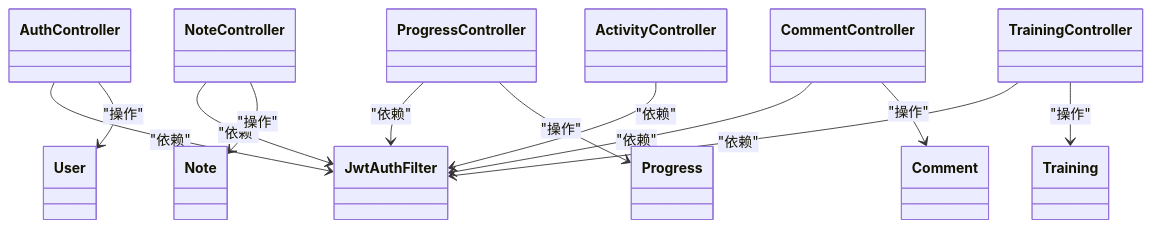
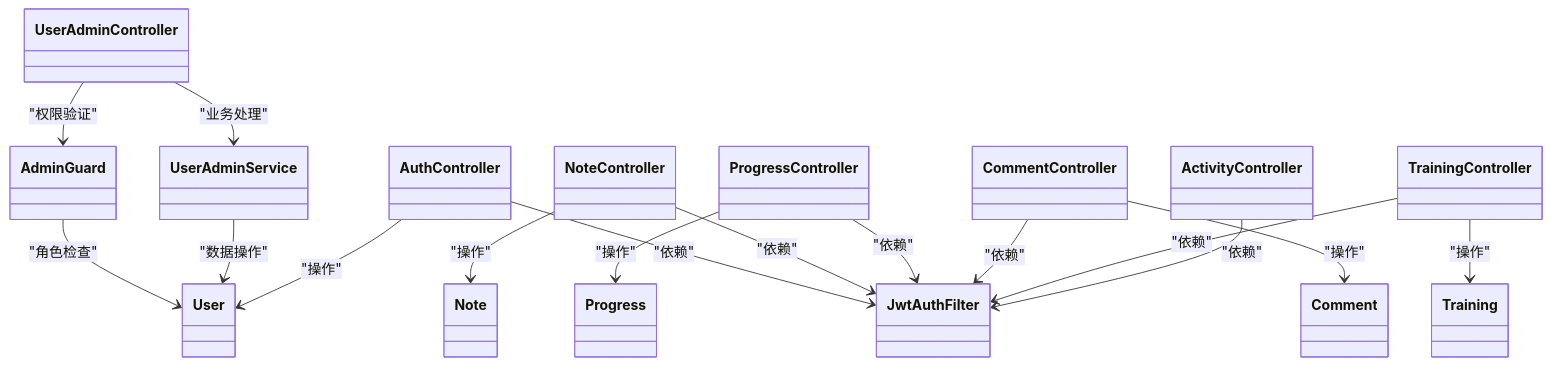
Before and after one commit to huangman881112/aiforip: the fourth of 4 diagrams in .qoder/repowiki/zh/content/后端API文档/用户管理API.md, drawn with Mermaid. The commit also changed other lines of this file and 98 other files, not shown here.

````diff
--- a/.qoder/repowiki/zh/content/后端API文档/用户管理API.md
+++ b/.qoder/repowiki/zh/content/后端API文档/用户管理API.md
@@ -318,26 +475,33 @@
 ```mermaid
 classDiagram
+class UserAdminController
+class AdminGuard
+class UserAdminService
 class AuthController
 class NoteController
 class ProgressController
 class CommentController
 class TrainingController
 class ActivityController
 class JwtAuthFilter
 class User
 class Note
 class Progress
 class Comment
 class Training
+UserAdminController --> AdminGuard : "权限验证"
+UserAdminController --> UserAdminService : "业务处理"
+AdminGuard --> User : "角色检查"
+UserAdminService --> User : "数据操作"
 AuthController --> JwtAuthFilter : "依赖"
 NoteController --> JwtAuthFilter : "依赖"
 ProgressController --> JwtAuthFilter : "依赖"
 CommentController --> JwtAuthFilter : "依赖"
 TrainingController --> JwtAuthFilter : "依赖"
 ActivityController --> JwtAuthFilter : "依赖"
 NoteController --> Note : "操作"
 ProgressController --> Progress : "操作"
 CommentController --> Comment : "操作"
 TrainingController --> Training : "操作"
 AuthController --> User : "操作"
 ```
````
